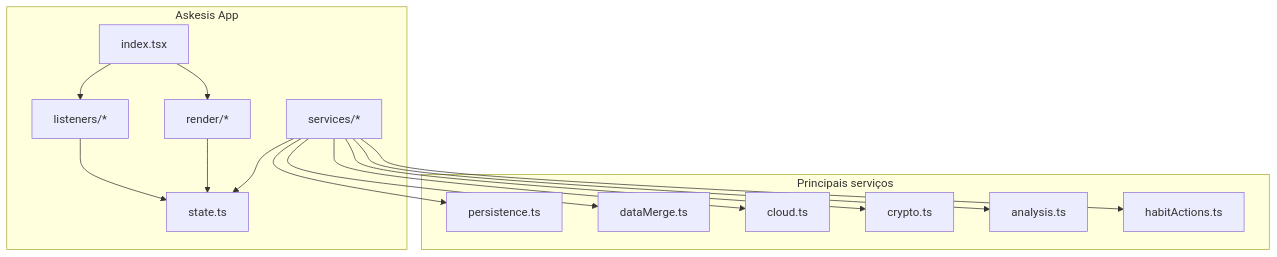
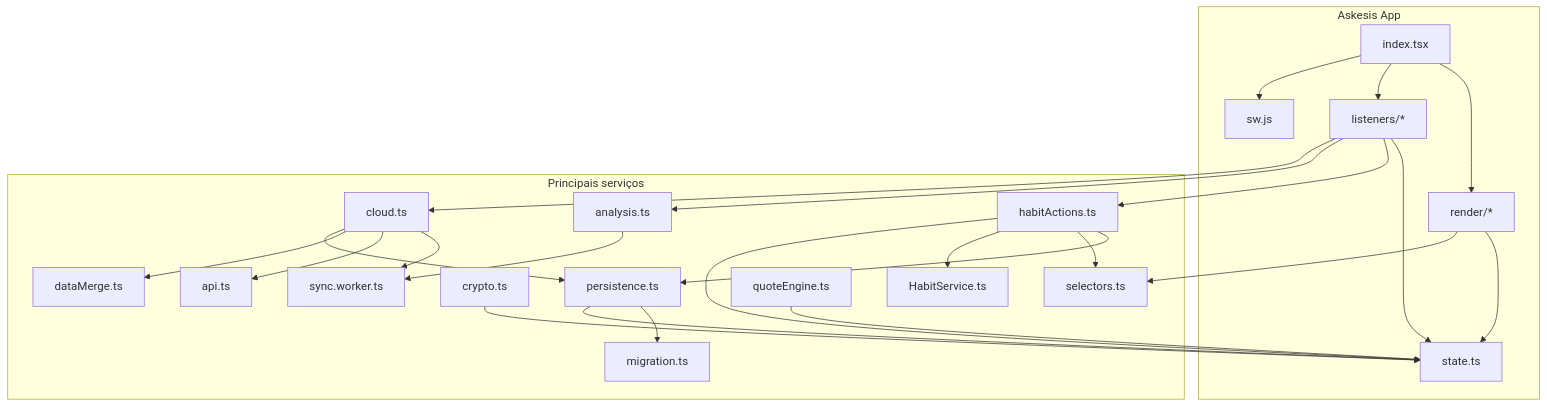
Before and after one commit to farifran/askesis: the fourth of 10 diagrams in README.md, drawn with Mermaid. The commit also changed other lines of this file, not shown here.

````diff
--- a/README.md
+++ b/README.md
@@ -105,32 +141,49 @@
 ```mermaid
 flowchart TB
   subgraph App[Askesis App]
     IDX[index.tsx]
     RENDER[render/*]
     LISTEN[listeners/*]
     STATE[state.ts]
-    SERVICES[services/*]
+    SW[sw.js]
   end
 
   IDX --> RENDER
   IDX --> LISTEN
+  IDX --> SW
   LISTEN --> STATE
   RENDER --> STATE
-  SERVICES --> STATE
 
   subgraph Services[Principais serviços]
     PERSIST[persistence.ts]
+    MIGRATION[migration.ts]
+    CLOUD[cloud.ts]
+    API_CLIENT[api.ts]
     MERGE[dataMerge.ts]
-    CLOUD[cloud.ts]
     CRYP[crypto.ts]
+    SELECTORS[selectors.ts]
+    HABIT_SERVICE[HabitService.ts]
     ANALYSIS[analysis.ts]
+    QUOTE_ENGINE[quoteEngine.ts]
     ACTIONS[habitActions.ts]
+    WORKER[sync.worker.ts]
   end
 
-  SERVICES --> PERSIST
-  SERVICES --> MERGE
-  SERVICES --> CLOUD
-  SERVICES --> CRYP
-  SERVICES --> ANALYSIS
-  SERVICES --> ACTIONS
+  LISTEN --> ACTIONS
+  LISTEN --> ANALYSIS
+  LISTEN --> CLOUD
+  ACTIONS --> PERSIST
+  ACTIONS --> SELECTORS
+  ACTIONS --> HABIT_SERVICE
+  ACTIONS --> STATE
+  RENDER --> SELECTORS
+  ANALYSIS --> WORKER
+  CLOUD --> WORKER
+  CLOUD --> API_CLIENT
+  CLOUD --> MERGE
+  CLOUD --> PERSIST
+  PERSIST --> MIGRATION
+  PERSIST --> STATE
+  CRYP --> STATE
+  QUOTE_ENGINE --> STATE
 ```
````
